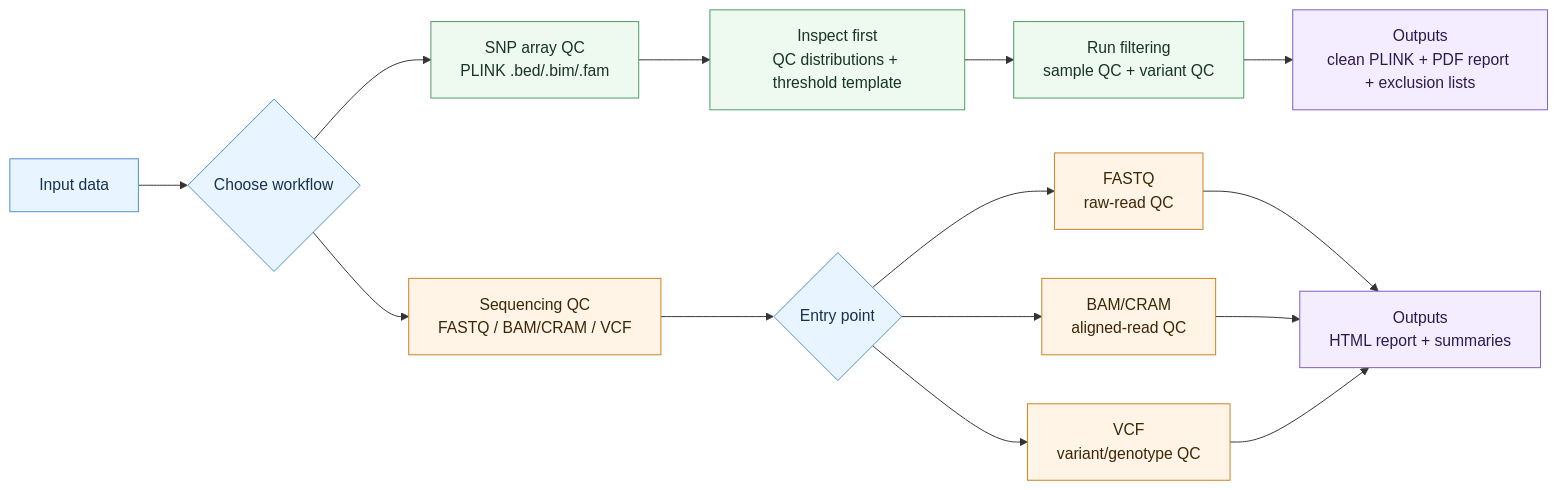
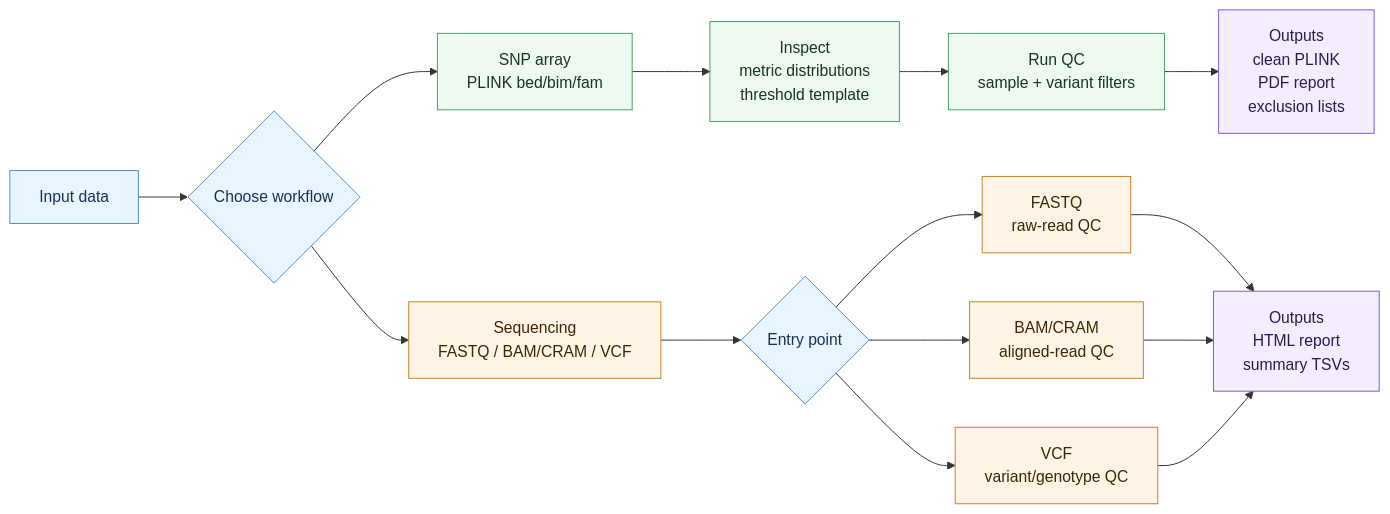
The diagram in README.md (kaiyao28/ByeGenoQC), drawn with Mermaid before and after one commit. The commit also changed other lines of this file and 17 other files, not shown here.

````diff
--- a/README.md
+++ b/README.md
@@ -22,28 +22,28 @@
 ```mermaid
 flowchart LR
-    A["Input data"] --> B{"Choose workflow"}
+    Input["Input data"] --> Choice{"Choose workflow"}
 
-    B --> C["SNP array QC<br/>PLINK .bed/.bim/.fam"]
-    B --> D["Sequencing QC<br/>FASTQ / BAM/CRAM / VCF"]
+    Choice --> SNP["SNP array<br/>PLINK bed/bim/fam"]
+    Choice --> Seq["Sequencing<br/>FASTQ / BAM/CRAM / VCF"]
 
-    C --> C1["Inspect first<br/>QC distributions + threshold template"]
-    C1 --> C2["Run filtering<br/>sample QC + variant QC"]
-    C2 --> C3["Outputs<br/>clean PLINK + PDF report + exclusion lists"]
+    SNP --> Inspect["Inspect<br/>metric distributions<br/>threshold template"]
+    Inspect --> Filter["Run QC<br/>sample + variant filters"]
+    Filter --> SNPOut["Outputs<br/>clean PLINK<br/>PDF report<br/>exclusion lists"]
 
-    D --> D1{"Entry point"}
-    D1 --> D2["FASTQ<br/>raw-read QC"]
-    D1 --> D3["BAM/CRAM<br/>aligned-read QC"]
-    D1 --> D4["VCF<br/>variant/genotype QC"]
-    D2 --> D5["Outputs<br/>HTML report + summaries"]
-    D3 --> D5
-    D4 --> D5
+    Seq --> Entry{"Entry point"}
+    Entry --> Fastq["FASTQ<br/>raw-read QC"]
+    Entry --> Bam["BAM/CRAM<br/>aligned-read QC"]
+    Entry --> Vcf["VCF<br/>variant/genotype QC"]
+    Fastq --> SeqOut["Outputs<br/>HTML report<br/>summary TSVs"]
+    Bam --> SeqOut
+    Vcf --> SeqOut
 
     classDef input fill:#e8f4ff,stroke:#4f8fcf,color:#17324d;
     classDef snp fill:#eef9f0,stroke:#4a9b63,color:#17351f;
     classDef seq fill:#fff4e5,stroke:#c98221,color:#3d2605;
     classDef output fill:#f3edff,stroke:#7d5cc6,color:#2b1b4d;
-    class A,B,D1 input;
-    class C,C1,C2 snp;
-    class D,D2,D3,D4 seq;
-    class C3,D5 output;
+    class Input,Choice,Entry input;
+    class SNP,Inspect,Filter snp;
+    class Seq,Fastq,Bam,Vcf seq;
+    class SNPOut,SeqOut output;
 ```
````
